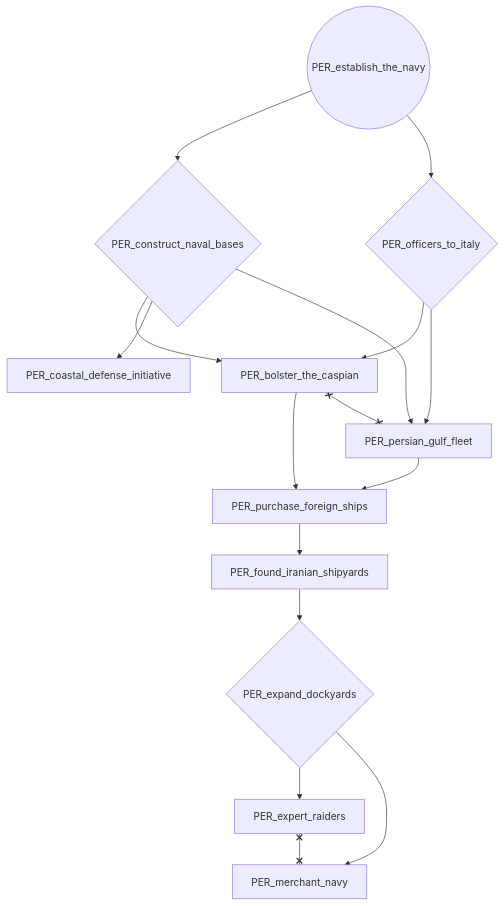
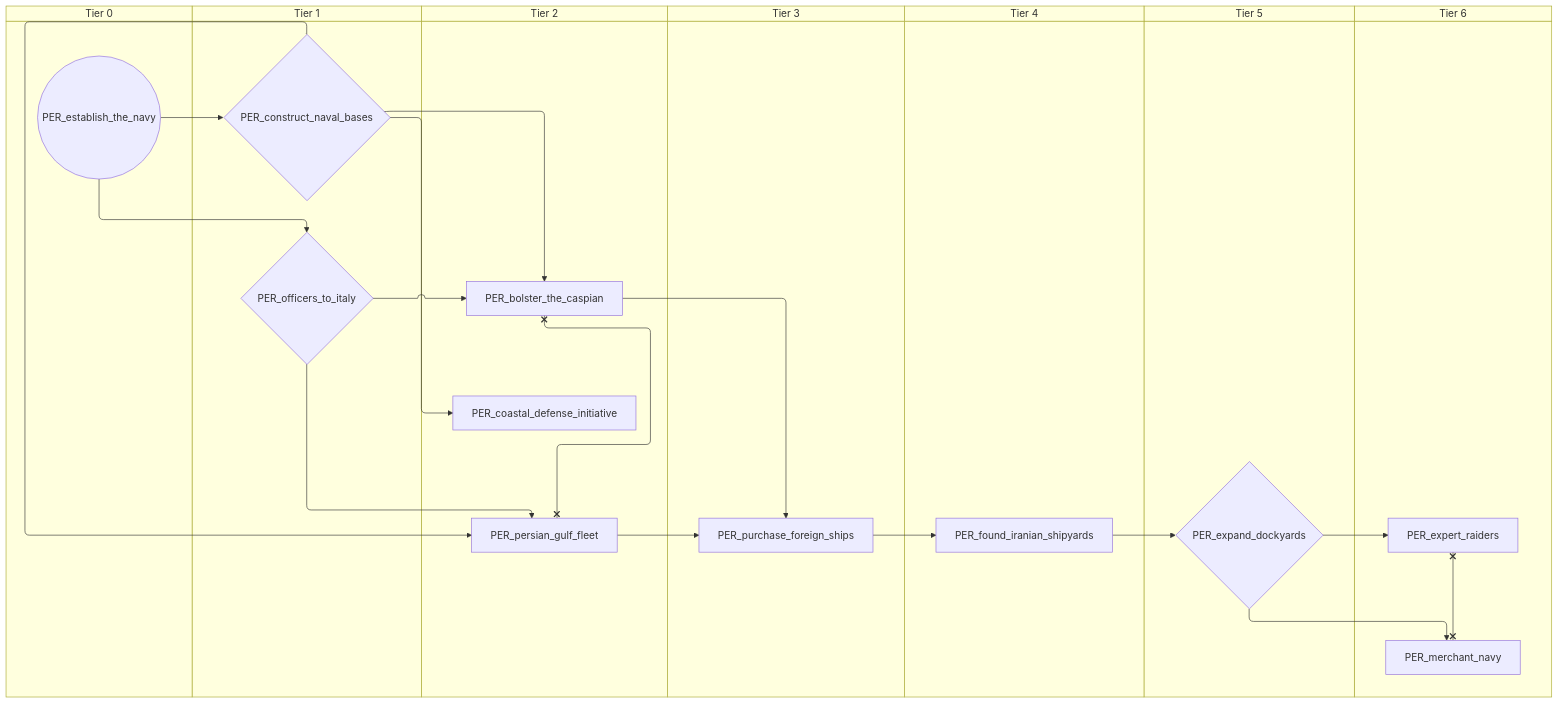
Before and after one commit to evgeny-sobol/hoi4-sandbox-mode: the second of 7 diagrams in docs/gdd/National Focuses/persia.md, drawn with Mermaid. The commit also changed other lines of this file and 80 other files, not shown here.

First line of the commit message:
Add swimlane mode to focus graph exporter

````diff
--- a/docs/gdd/National Focuses/persia.md
+++ b/docs/gdd/National Focuses/persia.md
@@ -51,29 +65,43 @@
 ```mermaid
-flowchart TD
-    n18["PER_bolster_the_caspian"]
-    n19["PER_coastal_defense_initiative"]
-    n20{"PER_construct_naval_bases"}
-    n21(("PER_establish_the_navy"))
-    n22{"PER_expand_dockyards"}
-    n23["PER_expert_raiders"]
-    n24["PER_found_iranian_shipyards"]
-    n25["PER_merchant_navy"]
-    n26{"PER_officers_to_italy"}
-    n27["PER_persian_gulf_fleet"]
-    n28["PER_purchase_foreign_ships"]
-    n20 --> n18
-    n26 --> n18
-    n20 --> n19
-    n21 --> n20
-    n24 --> n22
-    n22 --> n23
-    n28 --> n24
-    n22 --> n25
-    n21 --> n26
+swimlane-beta TD
+    subgraph tier_0["Tier 0"]
+        n18(("PER_establish_the_navy"))
+    end
+    subgraph tier_1["Tier 1"]
+        n19{"PER_construct_naval_bases"}
+        n20{"PER_officers_to_italy"}
+    end
+    subgraph tier_2["Tier 2"]
+        n21["PER_bolster_the_caspian"]
+        n22["PER_coastal_defense_initiative"]
+        n23["PER_persian_gulf_fleet"]
+    end
+    subgraph tier_3["Tier 3"]
+        n24["PER_purchase_foreign_ships"]
+    end
+    subgraph tier_4["Tier 4"]
+        n25["PER_found_iranian_shipyards"]
+    end
+    subgraph tier_5["Tier 5"]
+        n26{"PER_expand_dockyards"}
+    end
+    subgraph tier_6["Tier 6"]
+        n27["PER_expert_raiders"]
+        n28["PER_merchant_navy"]
+    end
+    n19 --> n21
+    n20 --> n21
+    n19 --> n22
+    n18 --> n19
+    n25 --> n26
     n26 --> n27
-    n20 --> n27
-    n18 --> n28
-    n27 --> n28
-    n18 x--x n27
-    n23 x--x n25
+    n24 --> n25
+    n26 --> n28
+    n18 --> n20
+    n20 --> n23
+    n19 --> n23
+    n21 --> n24
+    n23 --> n24
+    n21 x--x n23
+    n27 x--x n28
 ```
````
